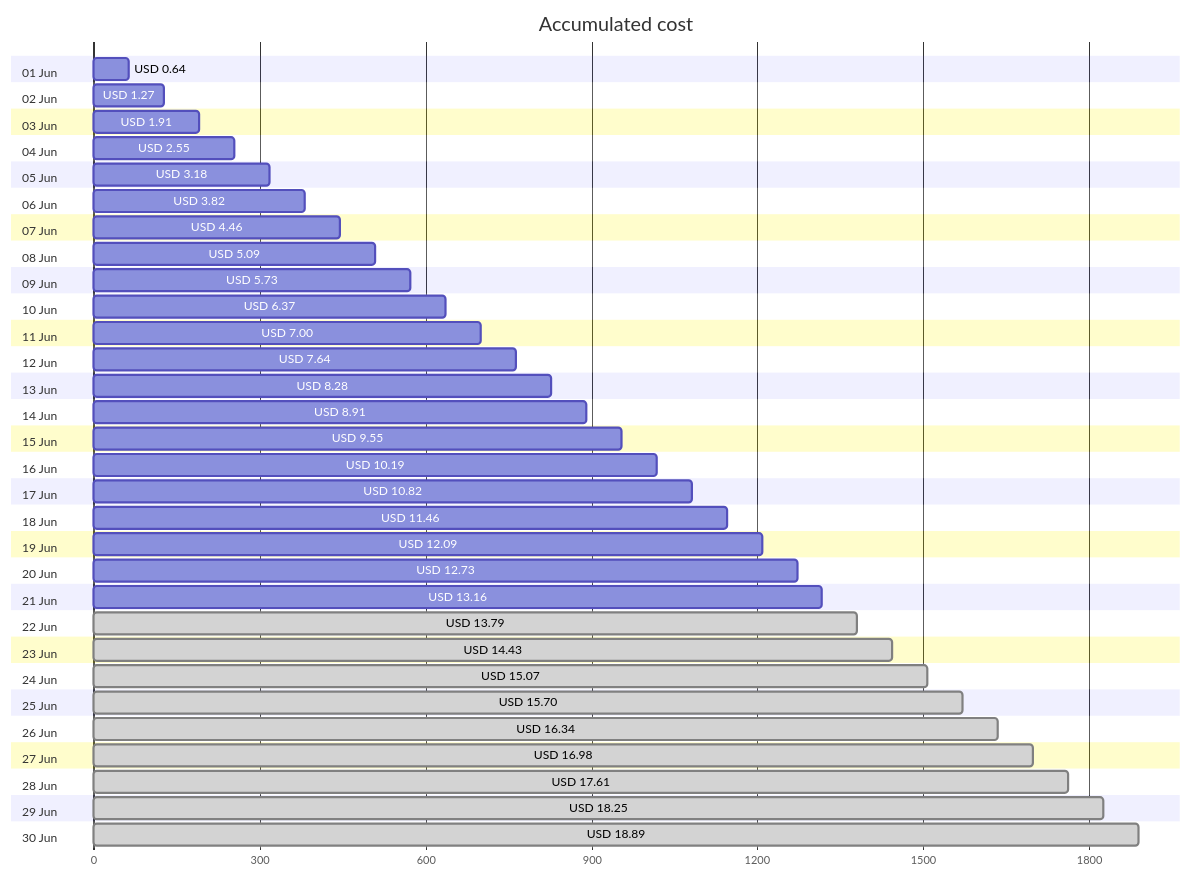
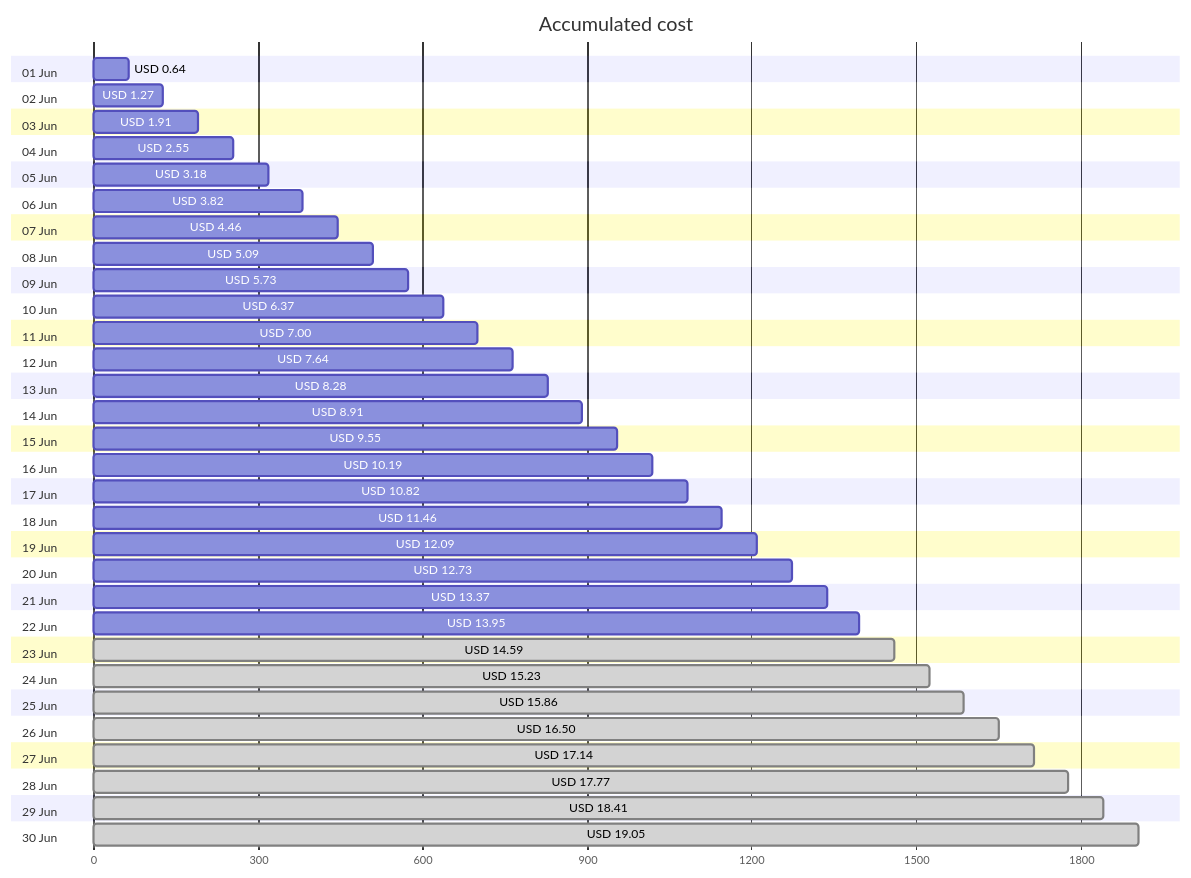
One commit to jpfulton/azure-personal-reports changed the first of 4 diagrams in cost-reports/accumulated-cost.md. Above: the diagram before and after it, drawn with Mermaid. The commit also changed other lines of this file and 4 other files, not shown here.

````diff
--- a/cost-reports/accumulated-cost.md
+++ b/cost-reports/accumulated-cost.md
@@ -20,66 +20,66 @@
 ```mermaid
 gantt
    title Accumulated cost
    dateFormat  X
    axisFormat %s
    section 01 Jun
    USD 0.64 :0, 64
    section 02 Jun
    USD 1.27 :0, 127
    section 03 Jun
    USD 1.91 :0, 191
    section 04 Jun
    USD 2.55 :0, 255
    section 05 Jun
    USD 3.18 :0, 318
    section 06 Jun
    USD 3.82 :0, 382
    section 07 Jun
    USD 4.46 :0, 446
    section 08 Jun
    USD 5.09 :0, 509
    section 09 Jun
    USD 5.73 :0, 573
    section 10 Jun
    USD 6.37 :0, 637
    section 11 Jun
    USD 7.00 :0, 700
    section 12 Jun
    USD 7.64 :0, 764
    section 13 Jun
    USD 8.28 :0, 828
    section 14 Jun
    USD 8.91 :0, 891
    section 15 Jun
    USD 9.55 :0, 955
    section 16 Jun
    USD 10.19 :0, 1019
    section 17 Jun
    USD 10.82 :0, 1082
    section 18 Jun
    USD 11.46 :0, 1146
    section 19 Jun
    USD 12.09 :0, 1209
    section 20 Jun
    USD 12.73 :0, 1273
    section 21 Jun
-   USD 13.16 :0, 1316
+   USD 13.37 :0, 1337
    section 22 Jun
-   USD 13.79 : done, 0, 1379
+   USD 13.95 :0, 1395
    section 23 Jun
-   USD 14.43 : done, 0, 1443
+   USD 14.59 : done, 0, 1459
    section 24 Jun
-   USD 15.07 : done, 0, 1507
+   USD 15.23 : done, 0, 1523
    section 25 Jun
-   USD 15.70 : done, 0, 1570
+   USD 15.86 : done, 0, 1586
    section 26 Jun
-   USD 16.34 : done, 0, 1634
+   USD 16.50 : done, 0, 1650
    section 27 Jun
-   USD 16.98 : done, 0, 1698
+   USD 17.14 : done, 0, 1714
    section 28 Jun
-   USD 17.61 : done, 0, 1761
+   USD 17.77 : done, 0, 1777
    section 29 Jun
-   USD 18.25 : done, 0, 1825
+   USD 18.41 : done, 0, 1841
    section 30 Jun
-   USD 18.89 : done, 0, 1889
+   USD 19.05 : done, 0, 1905
 ```
````
